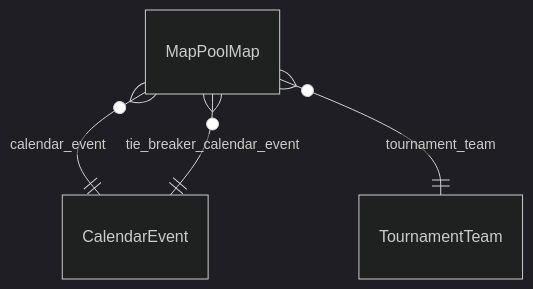
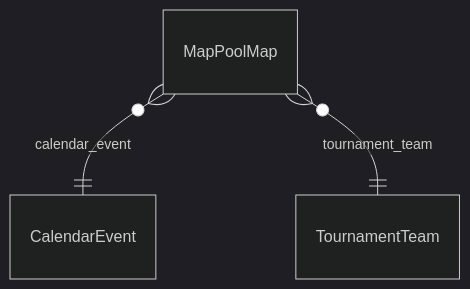
One commit to sendou-ink/sendou.ink changed the seventh of 16 diagrams in docs/dev/database-relations.md. Above: the diagram before and after it, drawn with Mermaid (dark theme). The commit also changed other lines of this file and 134 other files, not shown here.

````diff
--- a/docs/dev/database-relations.md
+++ b/docs/dev/database-relations.md
@@ -95,6 +95,5 @@
 ```mermaid
 erDiagram
     MapPoolMap }o--|| CalendarEvent : calendar_event
-    MapPoolMap }o--|| CalendarEvent : tie_breaker_calendar_event
     MapPoolMap }o--|| TournamentTeam : tournament_team
 ```
````
